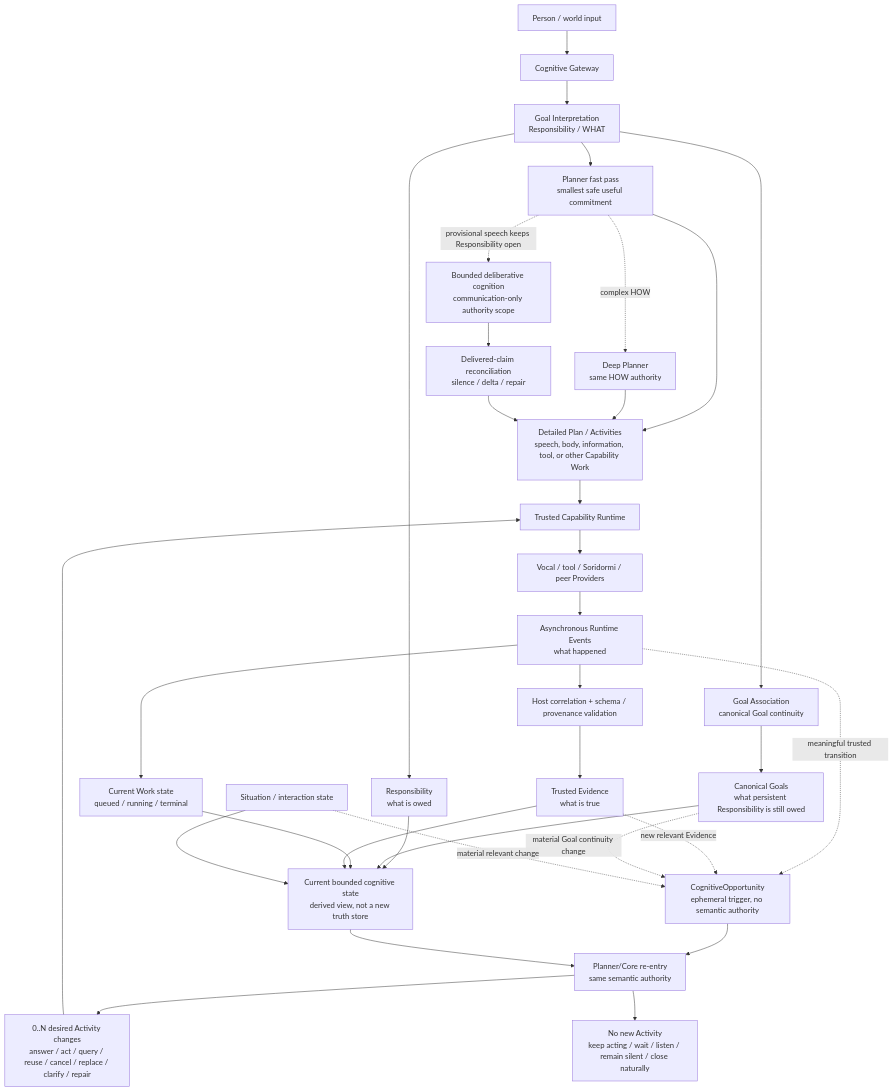
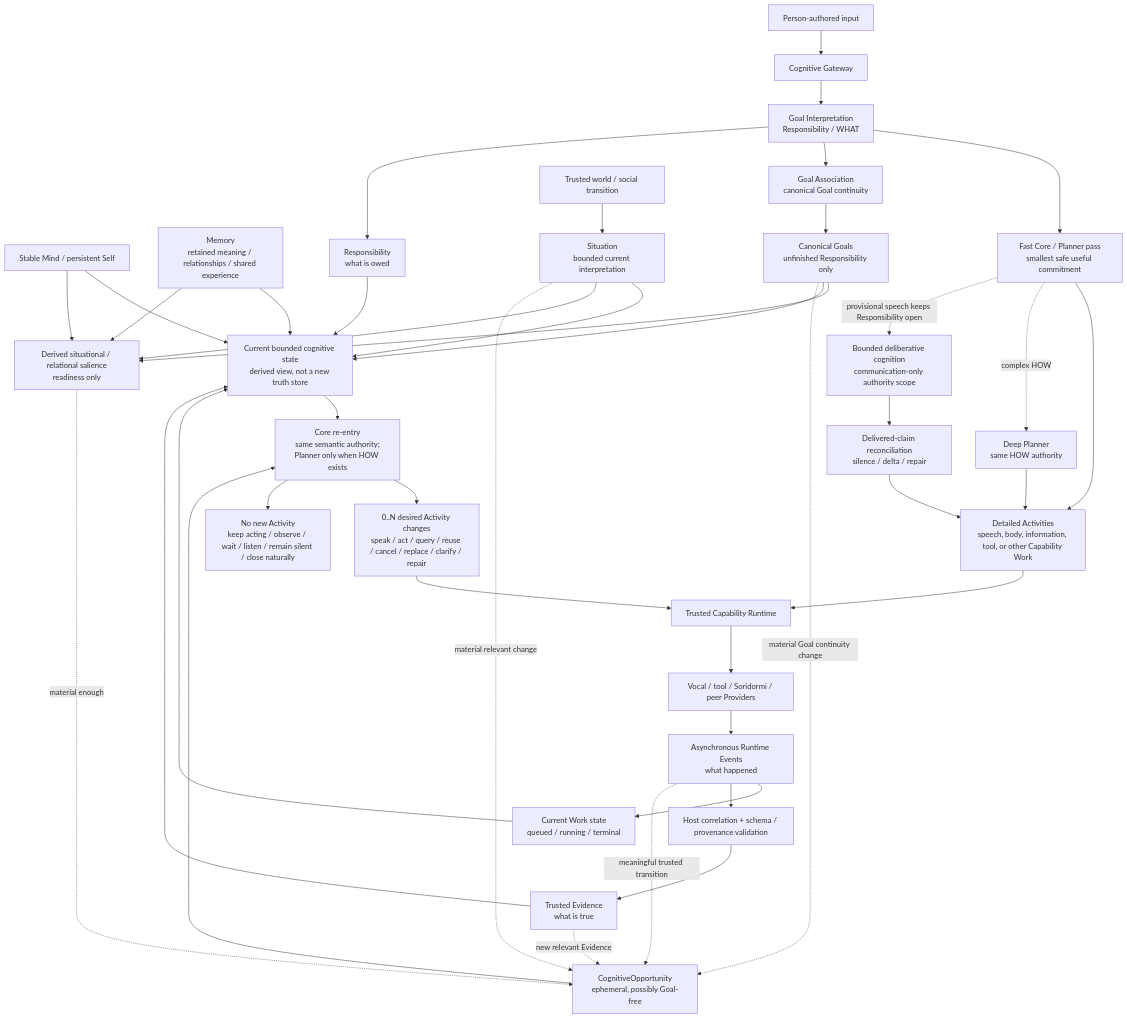
The first of 2 diagrams in docs/PROJECT_CHARTER.md (TimeTreker/chromie), drawn with Mermaid before and after one commit. The commit also changed other lines of this file and 24 other files, not shown here.

Commit message:
define persistent social mind and person-first identity

````diff
--- a/docs/PROJECT_CHARTER.md
+++ b/docs/PROJECT_CHARTER.md
@@ -218,40 +246,50 @@
 ```mermaid
 flowchart TD
-    U["Person / world input"] --> GW["Cognitive Gateway"]
+    SELF["Stable Mind / persistent Self"] --> STATE["Current bounded cognitive state<br/>derived view, not a new truth store"]
+    MEM["Memory<br/>retained meaning / relationships / shared experience"] --> STATE
+
+    USER["Person-authored input"] --> GW["Cognitive Gateway"]
     GW --> GI["Goal Interpretation<br/>Responsibility / WHAT"]
+    GI --> P0["Fast Core / Planner pass<br/>smallest safe useful commitment"]
+    GI --> GA["Goal Association<br/>canonical Goal continuity"]
 
-    GI --> P0["Planner fast pass<br/>smallest safe useful commitment"]
-    GI --> GA["Goal Association<br/>canonical Goal continuity"]
-    P0 --> ACT["Detailed Plan / Activities<br/>speech, body, information, tool, or other Capability Work"]
+    WORLD["Trusted world / social transition"] --> SIT["Situation<br/>bounded current interpretation"]
+    SIT --> STATE
+    SELF --> SAL["Derived situational / relational salience<br/>readiness only"]
+    MEM --> SAL
+    SIT --> SAL
+    GOALS --> SAL
+    SAL -. "material enough" .-> OPP["CognitiveOpportunity<br/>ephemeral, possibly Goal-free"]
+
+    P0 --> ACT["Detailed Activities<br/>speech, body, information, tool, or other Capability Work"]
     P0 -. "complex HOW" .-> DP["Deep Planner<br/>same HOW authority"]
     DP --> ACT
     P0 -. "provisional speech keeps Responsibility open" .-> DC["Bounded deliberative cognition<br/>communication-only authority scope"]
     DC --> DCR["Delivered-claim reconciliation<br/>silence / delta / repair"]
     DCR --> ACT
-    GA --> GOALS["Canonical Goals<br/>what persistent Responsibility is still owed"]
+    GA --> GOALS["Canonical Goals<br/>unfinished Responsibility only"]
+
+    GI --> RESP["Responsibility<br/>what is owed"]
+    RESP --> STATE
+    GOALS --> STATE
 
     ACT --> RT["Trusted Capability Runtime"]
     RT --> PROV["Vocal / tool / Soridormi / peer Providers"]
     PROV --> EVT["Asynchronous Runtime Events<br/>what happened"]
     EVT --> WORK["Current Work state<br/>queued / running / terminal"]
     EVT --> CORR["Host correlation + schema / provenance validation"]
     CORR --> EVID["Trusted Evidence<br/>what is true"]
-
-    GI --> RESP["Responsibility<br/>what is owed"]
-    RESP --> STATE["Current bounded cognitive state<br/>derived view, not a new truth store"]
-    GOALS --> STATE
     WORK --> STATE
     EVID --> STATE
-    SIT["Situation / interaction state"] --> STATE
 
-    EVT -. "meaningful trusted transition" .-> OPP["CognitiveOpportunity<br/>ephemeral trigger, no semantic authority"]
+    EVT -. "meaningful trusted transition" .-> OPP
     EVID -. "new relevant Evidence" .-> OPP
     GOALS -. "material Goal continuity change" .-> OPP
     SIT -. "material relevant change" .-> OPP
-    OPP --> P1["Planner/Core re-entry<br/>same semantic authority"]
+
+    OPP --> P1["Core re-entry<br/>same semantic authority;<br/>Planner only when HOW exists"]
     STATE --> P1
-
-    P1 --> DELTA["0..N desired Activity changes<br/>answer / act / query / reuse / cancel / replace / clarify / repair"]
-    P1 --> NONE["No new Activity<br/>keep acting / wait / listen / remain silent / close naturally"]
+    P1 --> DELTA["0..N desired Activity changes<br/>speak / act / query / reuse / cancel / replace / clarify / repair"]
+    P1 --> NONE["No new Activity<br/>keep acting / observe / wait / listen / remain silent / close naturally"]
     DELTA --> RT
 ```
````
